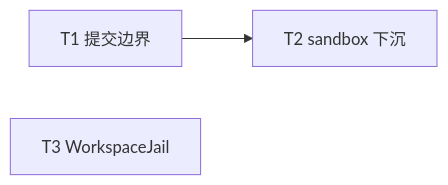
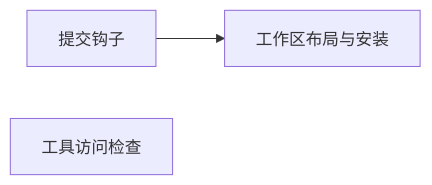
Before and after one commit to Curry09/AHE-Beta: the diagram in docs/specs/0015-dev-overfit-isolation.md, drawn with Mermaid. The commit also changed other lines of this file and 248 other files, not shown here.

````diff
--- a/docs/specs/0015-dev-overfit-isolation.md
+++ b/docs/specs/0015-dev-overfit-isolation.md
@@ -88,7 +71,5 @@
 ```mermaid
-graph LR
-  T1[T1 提交边界]
-  T2[T2 sandbox 下沉]
-  T3[T3 WorkspaceJail]
-  T1 --> T2
+flowchart LR
+    T1[提交钩子] --> T2[工作区布局与安装]
+    T3[工具访问检查]
 ```
````
